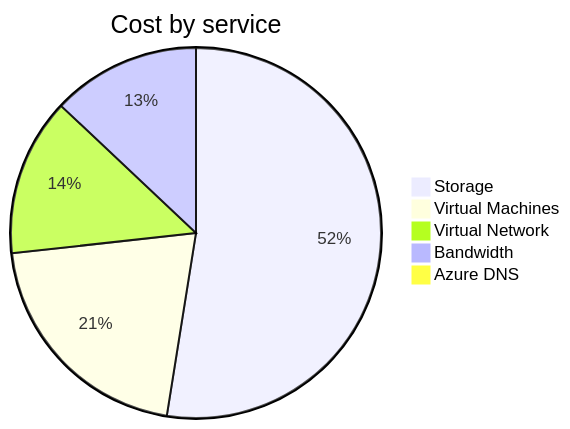
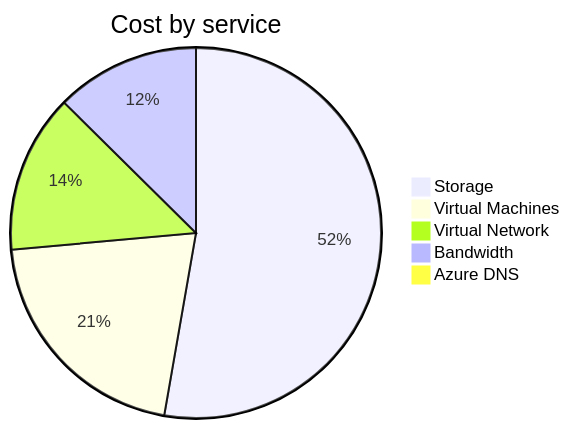
The second of 4 diagrams in cost-reports/personal-network/README.md (jpfulton/azure-personal-reports), drawn with Mermaid before and after one commit. The commit also changed other lines of this file and 8 other files, not shown here.

````diff
--- a/cost-reports/personal-network/README.md
+++ b/cost-reports/personal-network/README.md
@@ -95,9 +99,9 @@
 ```mermaid
 pie
    title Cost by service
-   "Storage" : 25.51
-   "Virtual Machines" : 10.07
-   "Virtual Network" : 6.69
+   "Storage" : 26.40
+   "Virtual Machines" : 10.42
+   "Virtual Network" : 6.93
    "Bandwidth" : 6.30
-   "Azure DNS" : 0.45
+   "Azure DNS" : 0.47
 ```
````
